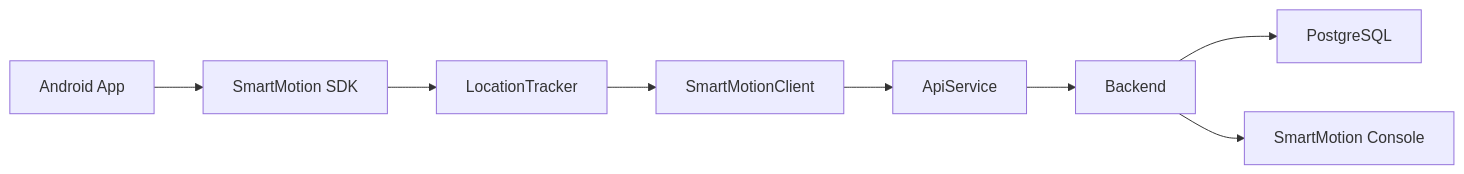
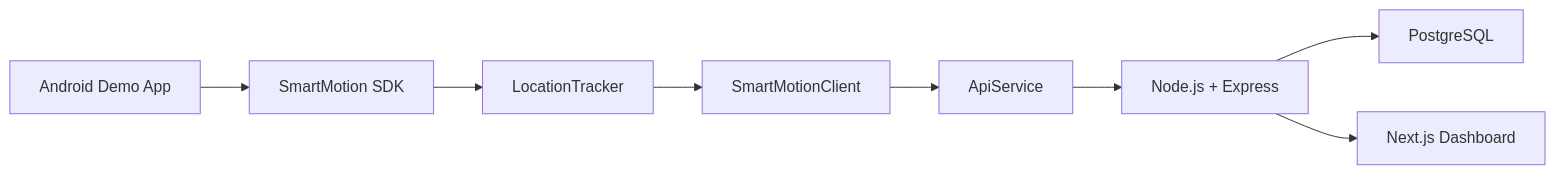
Before and after one commit to MayaYakobi131/SmartMotionSDK: the first of 5 diagrams in README.md, drawn with Mermaid. The commit also changed other lines of this file, not shown here.

````diff
--- a/README.md
+++ b/README.md
@@ -384,18 +335,18 @@
 ```mermaid
 flowchart LR
 
-A[Android App]
--->B[SmartMotion SDK]
+App["Android Demo App"]
+--> SDK["SmartMotion SDK"]
 
-B-->C[LocationTracker]
+SDK --> Tracker["LocationTracker"]
 
-C-->D[SmartMotionClient]
+Tracker --> Client["SmartMotionClient"]
 
-D-->E[ApiService]
+Client --> Api["ApiService"]
 
-E-->F[Backend]
+Api --> Backend["Node.js + Express"]
 
-F-->G[PostgreSQL]
+Backend --> DB["PostgreSQL"]
 
-F-->H[SmartMotion Console]
+Backend --> Console["Next.js Dashboard"]
 ```
````
